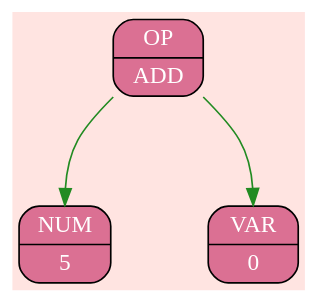
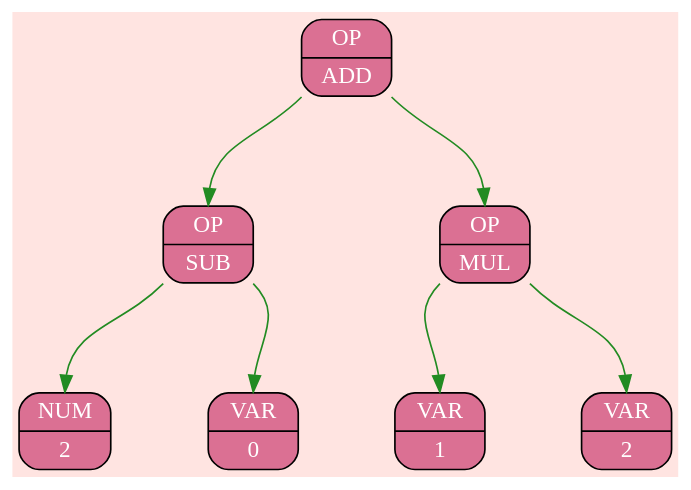
The diagram in TreeLog/pict_0.dot (Shishkin-Vasiliy/Differentiator.Ai), drawn with Graphviz before and after one commit. The commit also changed 4 other files, not shown here.

```diff
--- a/TreeLog/pict_0.dot
+++ b/TreeLog/pict_0.dot
@@ -1,19 +1,37 @@
 digraph {
 bgcolor="#FFE4E1";
 rankdir=TB;
 nodesep=0.8;
 ranksep=0.9;
 node_0x504000000010 [shape=Mrecord; style=filled; fillcolor="#DB7093"; fontcolor="#FFFFFF";
        label="  { OP | ADD }"];
 { rank=source; node_0x504000000010 };
 node_0x504000000050 [shape=Mrecord; style=filled; fillcolor="#DB7093"; fontcolor="#FFFFFF";
-       label="  { NUM | 5 }"];
-{ rank=sink; node_0x504000000050 };
-edge [color="#FFFFFF"];
-node_0x504000000010:sw -> node_0x504000000050:n [color="#228B22"]
-;node_0x504000000090 [shape=Mrecord; style=filled; fillcolor="#DB7093"; fontcolor="#FFFFFF";
-       label="  { VAR | 0 }"];
+       label="  { OP | SUB }"];
+node_0x504000000090 [shape=Mrecord; style=filled; fillcolor="#DB7093"; fontcolor="#FFFFFF";
+       label="  { NUM | 2 }"];
 { rank=sink; node_0x504000000090 };
 edge [color="#FFFFFF"];
-node_0x504000000010:se -> node_0x504000000090:n [color="#228B22"]
+node_0x504000000050:sw -> node_0x504000000090:n [color="#228B22"]
+;node_0x5040000000d0 [shape=Mrecord; style=filled; fillcolor="#DB7093"; fontcolor="#FFFFFF";
+       label="  { VAR | 0 }"];
+{ rank=sink; node_0x5040000000d0 };
+edge [color="#FFFFFF"];
+node_0x504000000050:se -> node_0x5040000000d0:n [color="#228B22"]
+;edge [color="#FFFFFF"];
+node_0x504000000010:sw -> node_0x504000000050:n [color="#228B22"]
+;node_0x504000000110 [shape=Mrecord; style=filled; fillcolor="#DB7093"; fontcolor="#FFFFFF";
+       label="  { OP | MUL }"];
+node_0x504000000150 [shape=Mrecord; style=filled; fillcolor="#DB7093"; fontcolor="#FFFFFF";
+       label="  { VAR | 1 }"];
+{ rank=sink; node_0x504000000150 };
+edge [color="#FFFFFF"];
+node_0x504000000110:sw -> node_0x504000000150:n [color="#228B22"]
+;node_0x504000000190 [shape=Mrecord; style=filled; fillcolor="#DB7093"; fontcolor="#FFFFFF";
+       label="  { VAR | 2 }"];
+{ rank=sink; node_0x504000000190 };
+edge [color="#FFFFFF"];
+node_0x504000000110:se -> node_0x504000000190:n [color="#228B22"]
+;edge [color="#FFFFFF"];
+node_0x504000000010:se -> node_0x504000000110:n [color="#228B22"]
 ;}
```
